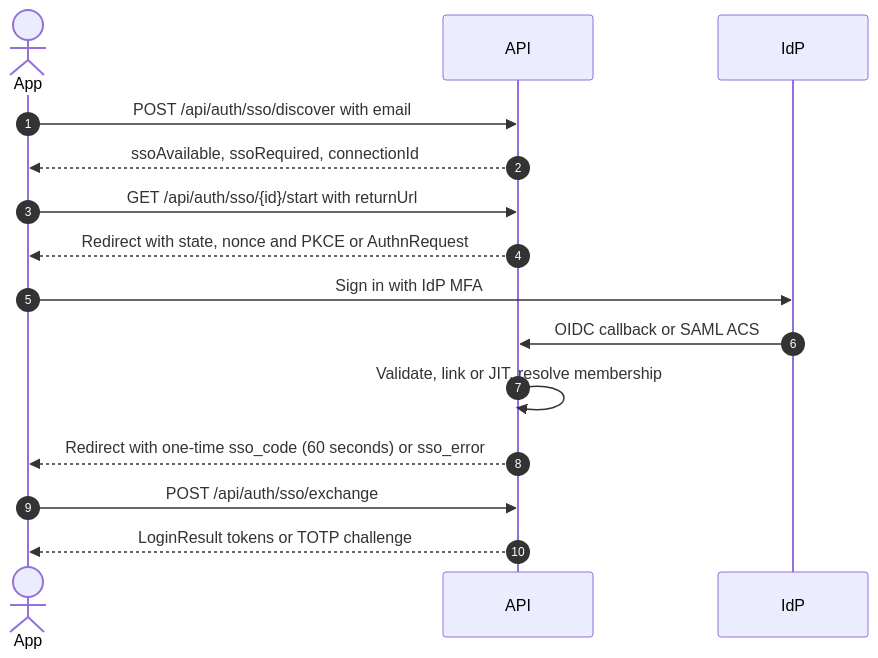
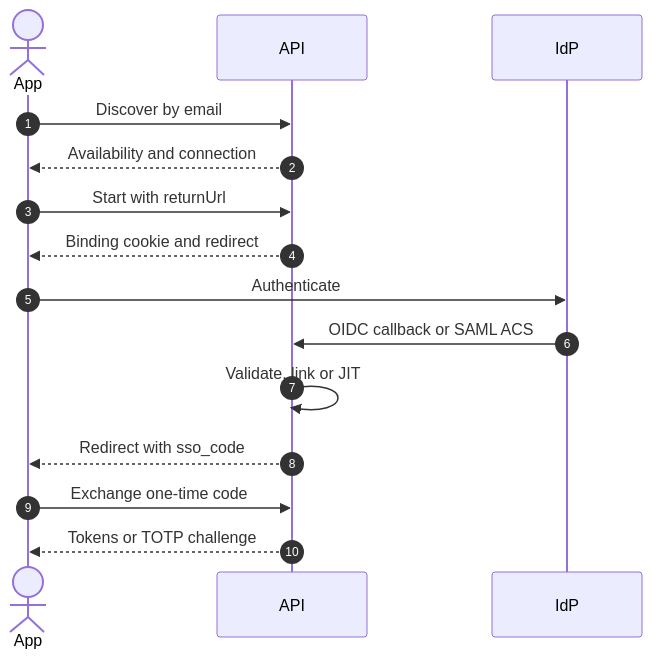
One commit to mhasabalah/StarterKit changed the diagram in wiki/Identity/Enterprise-SSO.md. Above: the diagram before and after it, drawn with Mermaid. The commit also changed other lines of this file and 3 other files, not shown here.

````diff
--- a/wiki/Identity/Enterprise-SSO.md
+++ b/wiki/Identity/Enterprise-SSO.md
@@ -18,17 +34,17 @@
 ```mermaid
 sequenceDiagram
   autonumber
   actor App
   participant API
   participant IdP
-  App->>API: POST /api/auth/sso/discover with email
-  API-->>App: ssoAvailable, ssoRequired, connectionId
-  App->>API: GET /api/auth/sso/{id}/start with returnUrl
-  API-->>App: Redirect with state, nonce and PKCE or AuthnRequest
-  App->>IdP: Sign in with IdP MFA
+  App->>API: Discover by email
+  API-->>App: Availability and connection
+  App->>API: Start with returnUrl
+  API-->>App: Binding cookie and redirect
+  App->>IdP: Authenticate
   IdP->>API: OIDC callback or SAML ACS
-  API->>API: Validate, link or JIT, resolve membership
-  API-->>App: Redirect with one-time sso_code (60 seconds) or sso_error
-  App->>API: POST /api/auth/sso/exchange
-  API-->>App: LoginResult tokens or TOTP challenge
+  API->>API: Validate, link or JIT
+  API-->>App: Redirect with sso_code
+  App->>API: Exchange one-time code
+  API-->>App: Tokens or TOTP challenge
 ```
````
